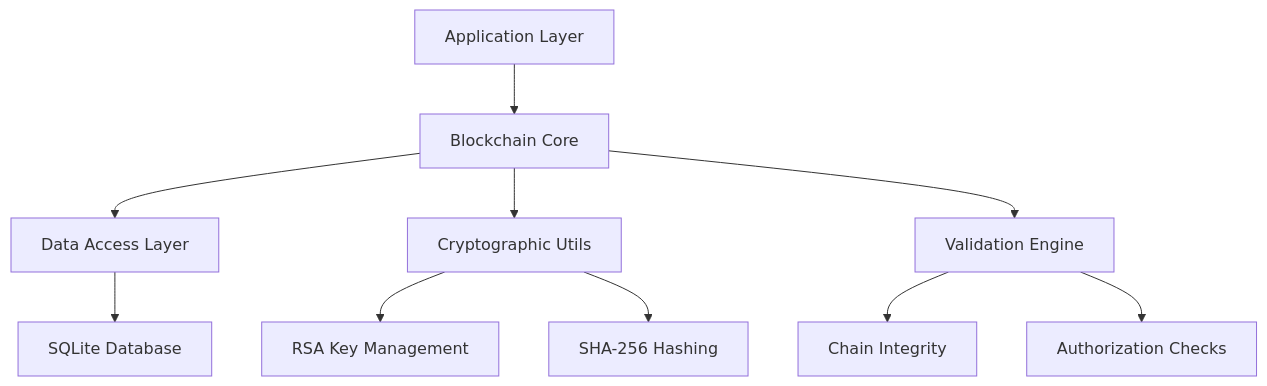
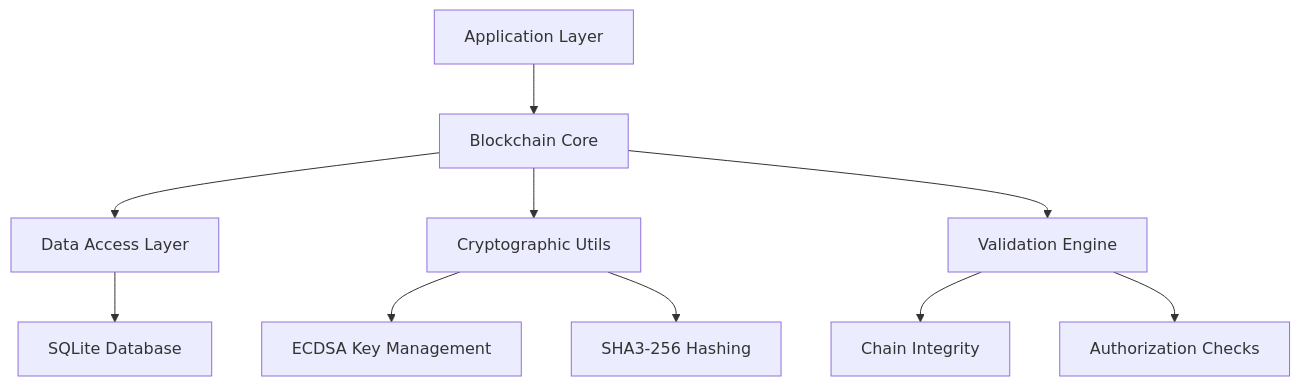
One commit to rbatllet/private-blockchain changed the diagram in docs/TECHNICAL_DETAILS.md. Above: the diagram before and after it, drawn with Mermaid. The commit also changed other lines of this file and 62 other files, not shown here.

````diff
--- a/docs/TECHNICAL_DETAILS.md
+++ b/docs/TECHNICAL_DETAILS.md
@@ -45,12 +45,12 @@
 ```mermaid
 graph TD
     A[Application Layer] --> B[Blockchain Core]
     B --> C[Data Access Layer]
     C --> D[SQLite Database]
     B --> E[Cryptographic Utils]
-    E --> F[RSA Key Management]
-    E --> G[SHA-256 Hashing]
+    E --> F[ECDSA Key Management]
+    E --> G[SHA3-256 Hashing]
     B --> H[Validation Engine]
     H --> I[Chain Integrity]
     H --> J[Authorization Checks]
 ```
````
